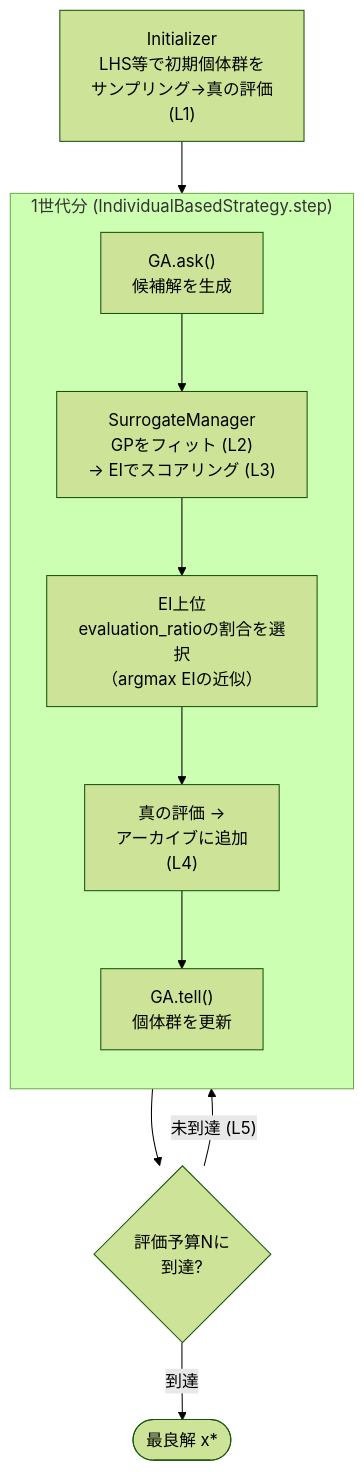
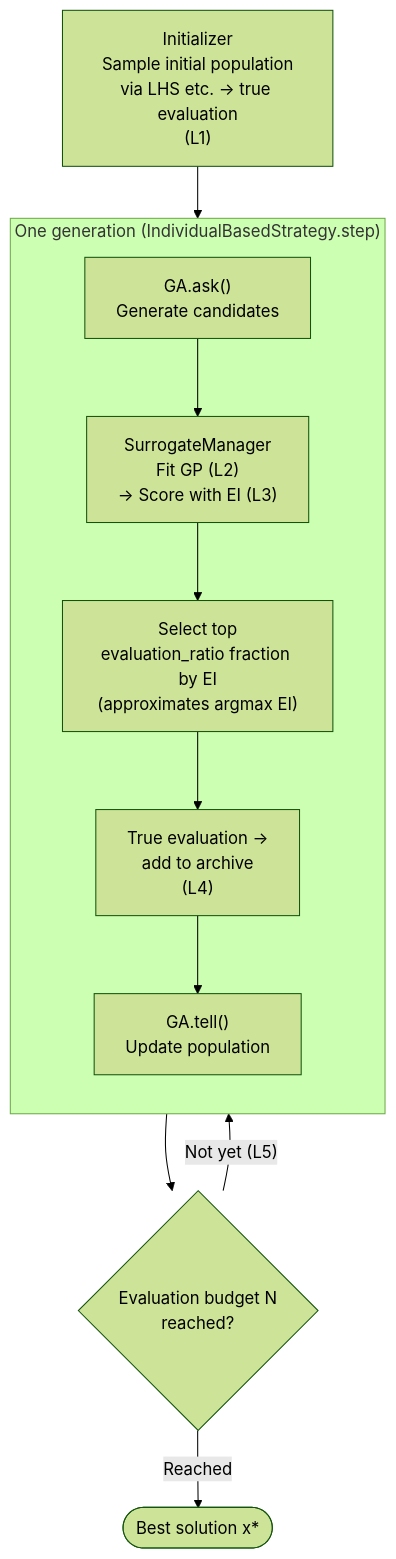
One commit to shlka/saealib changed the diagram in docs/algorithms/ego.md. Above: the diagram before and after it, drawn with Mermaid (forest theme). The commit also changed other lines of this file and 50 other files, not shown here.

````diff
--- a/docs/algorithms/ego.md
+++ b/docs/algorithms/ego.md
@@ -29,14 +29,14 @@
 ```{mermaid}
 flowchart TD
-    INIT["Initializer<br/>LHS等で初期個体群を<br/>サンプリング→真の評価<br/>(L1)"] --> ASK
-    subgraph GEN["1世代分 (IndividualBasedStrategy.step)"]
+    INIT["Initializer<br/>Sample initial population<br/>via LHS etc. → true evaluation<br/>(L1)"] --> ASK
+    subgraph GEN["One generation (IndividualBasedStrategy.step)"]
         direction TB
-        ASK["GA.ask()<br/>候補解を生成"] --> SCORE["SurrogateManager<br/>GPをフィット (L2)<br/>→ EIでスコアリング (L3)"]
-        SCORE --> SORT["EI上位<br/>evaluation_ratioの割合を選択<br/>（argmax EIの近似）"]
-        SORT --> EVAL["真の評価 →<br/>アーカイブに追加<br/>(L4)"]
-        EVAL --> TELL["GA.tell()<br/>個体群を更新"]
+        ASK["GA.ask()<br/>Generate candidates"] --> SCORE["SurrogateManager<br/>Fit GP (L2)<br/>→ Score with EI (L3)"]
+        SCORE --> SORT["Select top<br/>evaluation_ratio fraction by EI<br/>(approximates argmax EI)"]
+        SORT --> EVAL["True evaluation →<br/>add to archive<br/>(L4)"]
+        EVAL --> TELL["GA.tell()<br/>Update population"]
     end
-    GEN --> TERM{"評価予算Nに<br/>到達?"}
-    TERM -- "未到達 (L5)" --> ASK
-    TERM -- "到達" --> RESULT(["最良解 x*"])
+    GEN --> TERM{"Evaluation budget N<br/>reached?"}
+    TERM -- "Not yet (L5)" --> ASK
+    TERM -- "Reached" --> RESULT(["Best solution x*"])
 ```
````
